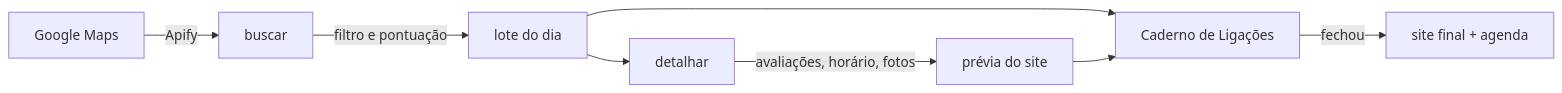
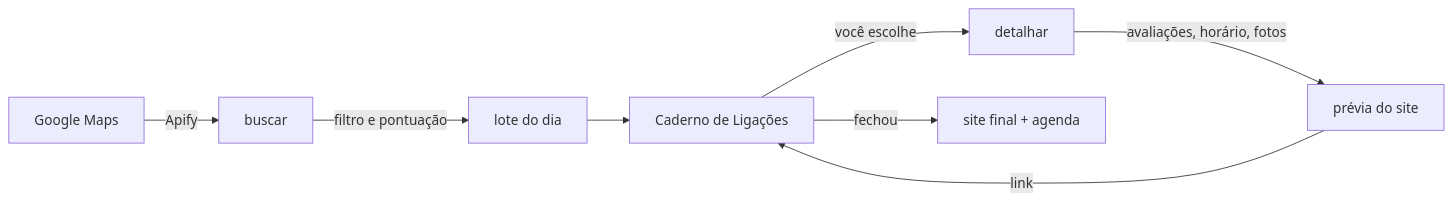
Before and after one commit to NeekNegoer/cold-call-sites: the diagram in README.md, drawn with Mermaid. The commit also changed other lines of this file and 3 other files, not shown here.

````diff
--- a/README.md
+++ b/README.md
@@ -20,10 +20,10 @@
 ```mermaid
 flowchart LR
   M[Google Maps] -->|Apify| B[buscar]
   B -->|filtro e pontuação| L[lote do dia]
   L --> C[Caderno de Ligações]
-  L --> D[detalhar]
+  C -->|você escolhe| D[detalhar]
   D -->|avaliações, horário, fotos| P[prévia do site]
-  P --> C
+  P -->|link| C
   C -->|fechou| S[site final + agenda]
 ```
````
